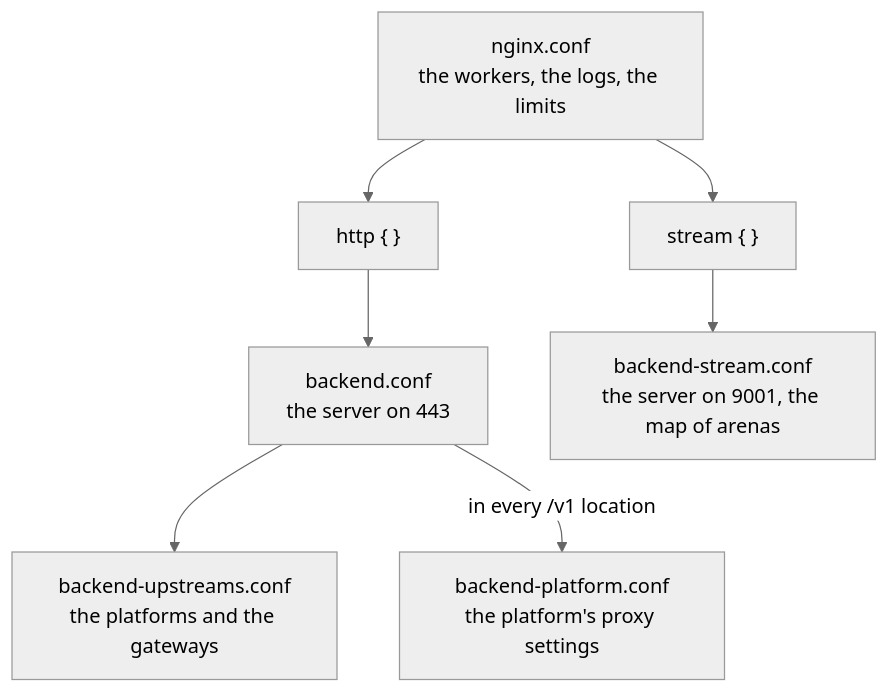
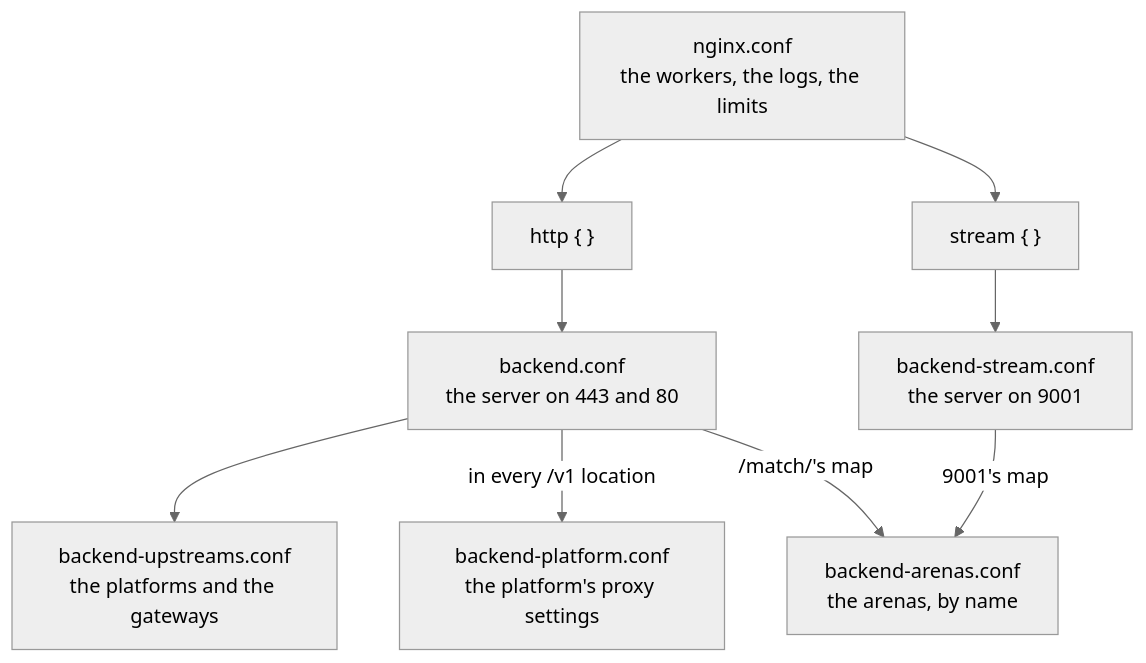
One commit to greensoft-atom/depio-simulation-platform changed the fourth of 4 diagrams in docs/operations/11-phone-to-backend-routes.md. Above: the diagram before and after it, drawn with Mermaid (neutral theme). The commit also changed other lines of this file and 47 other files, not shown here.

````diff
--- a/docs/operations/11-phone-to-backend-routes.md
+++ b/docs/operations/11-phone-to-backend-routes.md
@@ -108,14 +135,17 @@
 ```mermaid
 flowchart TD
     main["nginx.conf<br/>the workers, the logs, the limits"]
     http["http { }"]
     stream["stream { }"]
-    site["backend.conf<br/>the server on 443"]
+    site["backend.conf<br/>the server on 443 and 80"]
     up["backend-upstreams.conf<br/>the platforms and the gateways"]
     pfc["backend-platform.conf<br/>the platform's proxy settings"]
-    st["backend-stream.conf<br/>the server on 9001, the map of arenas"]
+    st["backend-stream.conf<br/>the server on 9001"]
+    ar["backend-arenas.conf<br/>the arenas, by name"]
     main --> http --> site
     site --> up
     site -->|"in every /v1 location"| pfc
+    site -->|"/match/'s map"| ar
     main --> stream --> st
+    st -->|"9001's map"| ar
 ```
````
